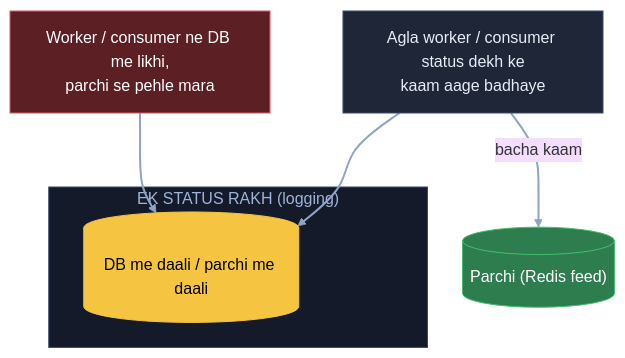
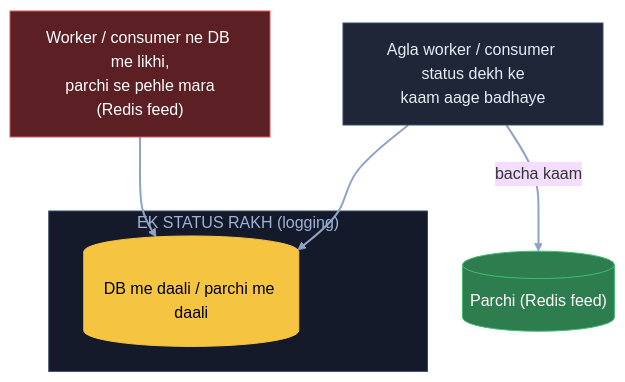
Before and after one commit to ArpanMaheshwari144/Prep: diagram 11 of 14 in 04_HLD/SYSTEM_DESIGNS/08_news_aggregator/08_news_aggregator.md, drawn with Mermaid (base theme). The commit also changed other lines of this file and 22 other files, not shown here.

Commit message:
Diagram: sirf kahani ke dohraaye shabd pe bracket, us jagah notes wala matlab (207 label)

````diff
--- a/04_HLD/SYSTEM_DESIGNS/08_news_aggregator/08_news_aggregator.md
+++ b/04_HLD/SYSTEM_DESIGNS/08_news_aggregator/08_news_aggregator.md
@@ -393,18 +393,18 @@
 ```mermaid
 flowchart TB
-    W1["Worker / consumer ne DB me likhi,<br/>parchi se pehle mara"]:::bad
+    W1["Worker / consumer ne DB me likhi,<br/>parchi se pehle mara<br/>(Redis feed)"]:::bad
     subgraph ST["EK STATUS RAKH (logging)"]
         D[("DB me daali / parchi me daali")]:::pill
     end
     W2["Agla worker / consumer status dekh ke<br/>kaam aage badhaye"]:::card
     P[("Parchi (Redis feed)")]:::good
     W1 --> D
     W2 --> D
     W2 -- "bacha kaam" --> P
     linkStyle default stroke:#8fa3c7,stroke-width:2px
     classDef card fill:#1e2638,stroke:#3a4a6b,color:#e8ecf5
     classDef pill fill:#f5c542,stroke:#f5c542,color:#000
     classDef good fill:#2e7d4f,stroke:#3fbf6f,color:#fff
     classDef bad fill:#5c1f24,stroke:#e05561,color:#fff
     style ST fill:#141a29,stroke:#3a4a6b,color:#9fb3d9
 ```
````
